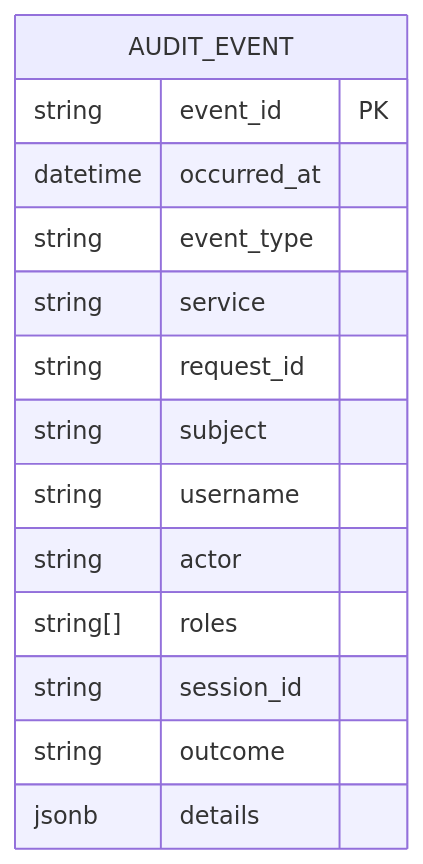
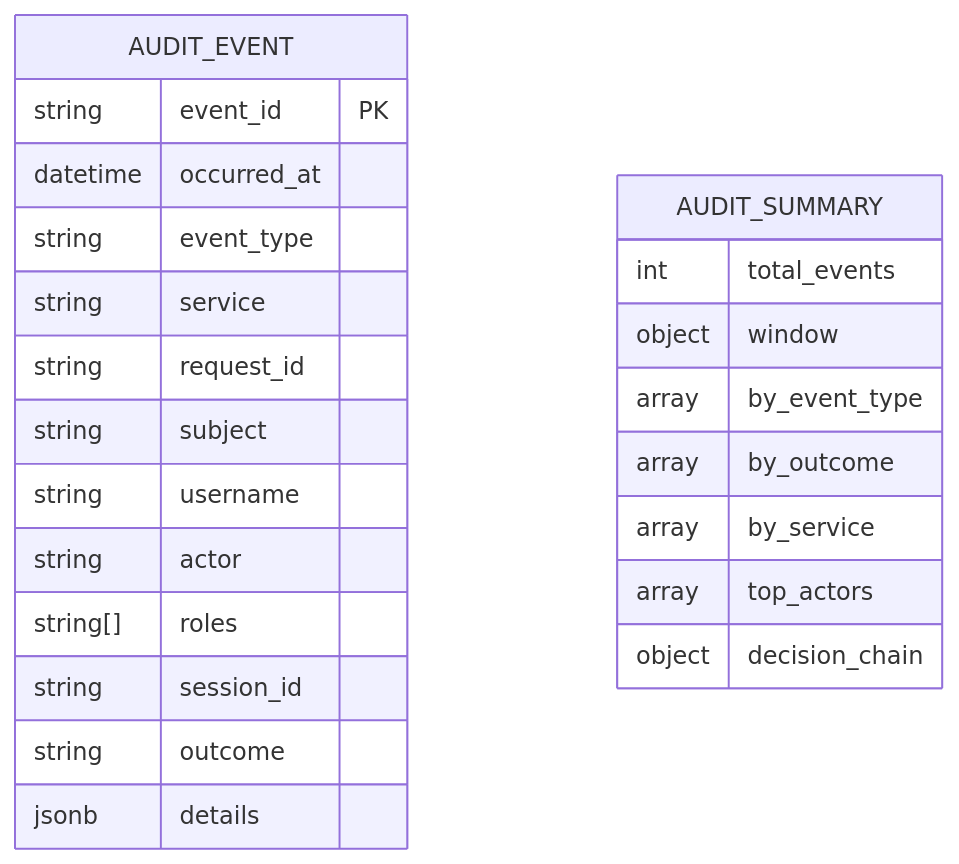
One commit to metasync/luban-aiops changed diagram 11 of 13 in .qoder/repowiki/en/content/Architecture Documentation/Audit Service Product.md. Above: the diagram before and after it, drawn with Mermaid. The commit also changed other lines of this file and 4 other files, not shown here.

````diff
--- a/.qoder/repowiki/en/content/Architecture Documentation/Audit Service Product.md
+++ b/.qoder/repowiki/en/content/Architecture Documentation/Audit Service Product.md
@@ -357,17 +480,26 @@
 ```mermaid
 erDiagram
 AUDIT_EVENT {
 string event_id PK
 datetime occurred_at
 string event_type
 string service
 string request_id
 string subject
 string username
 string actor
 string[] roles
 string session_id
 string outcome
 jsonb details
 }
+AUDIT_SUMMARY {
+int total_events
+object window
+array by_event_type
+array by_outcome
+array by_service
+array top_actors
+object decision_chain
+}
 ```
````
